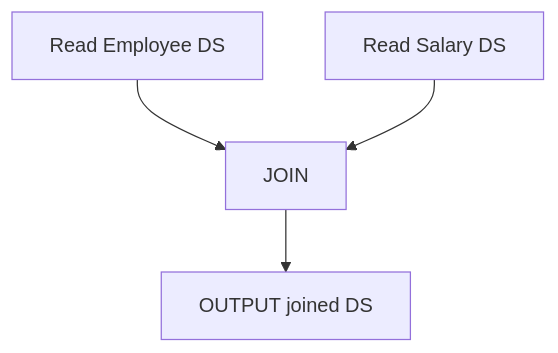
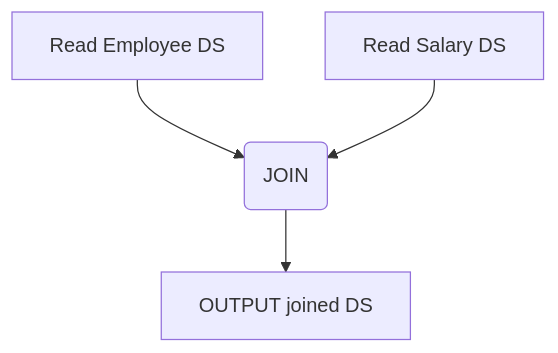
Before and after one commit to arjunachala/arjunachala.github.io: the third of 3 diagrams in _posts/2017-9-26-E-C-L-Foundation.md, drawn with Mermaid. The commit also changed other lines of this file, not shown here.

```diff
--- a/_posts/2017-9-26-E-C-L-Foundation.md
+++ b/_posts/2017-9-26-E-C-L-Foundation.md
@@ -55,6 +55,6 @@
 <div class="mermaid">
 graph TD;
-    A[Read Employee DS]-->C[JOIN];
+    A[Read Employee DS]-->C(JOIN);
     B[Read Salary DS]-->C
     C-->D[OUTPUT joined DS];
 </div> 
```
